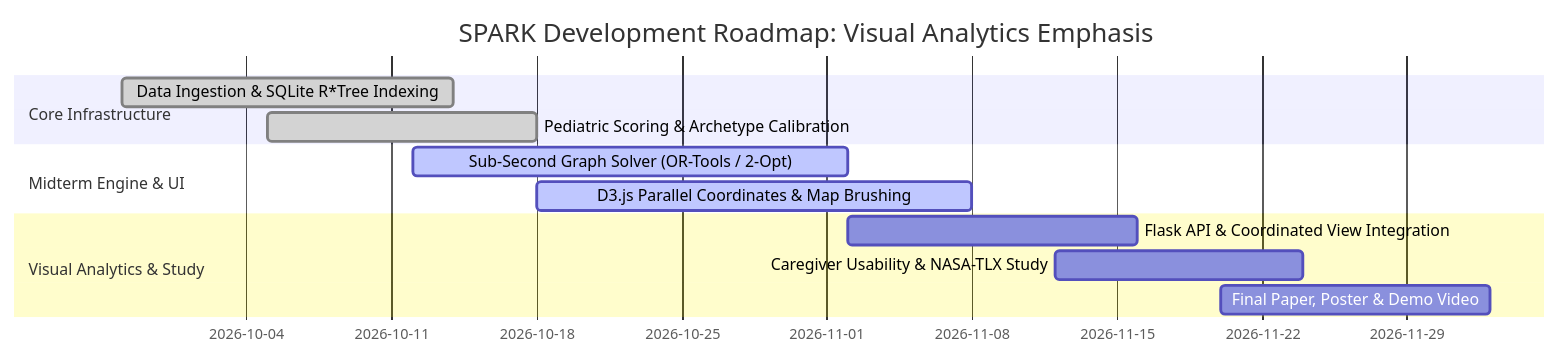
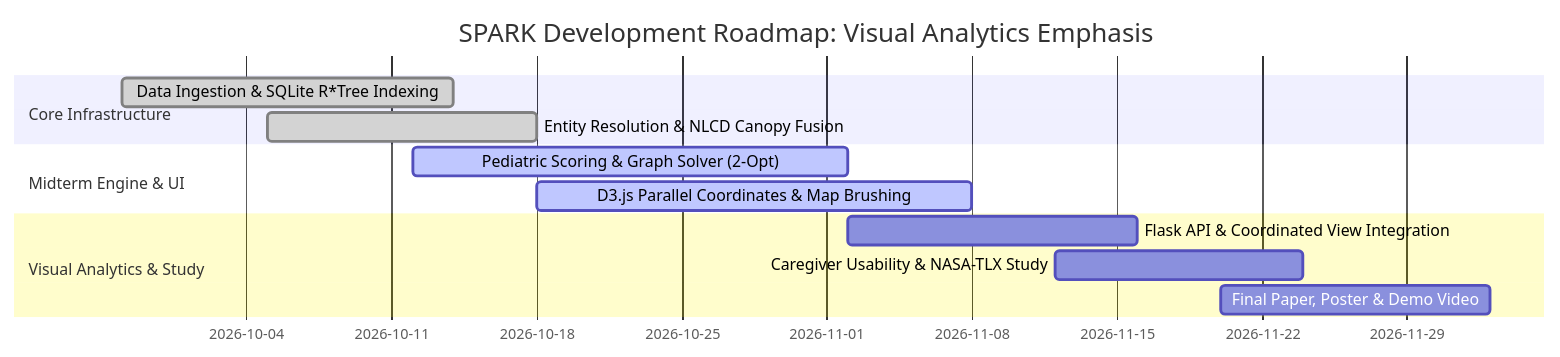
The third of 3 diagrams in projectwork/docs/progress_report.md (manoj-android/cse-6242-project), drawn with Mermaid before and after one commit. The commit also changed other lines of this file, not shown here.

````diff
--- a/projectwork/docs/progress_report.md
+++ b/projectwork/docs/progress_report.md
@@ -191,15 +167,15 @@
 ```mermaid
 gantt
     dateFormat  YYYY-MM-DD
     title SPARK Development Roadmap: Visual Analytics Emphasis
     section Core Infrastructure
     Data Ingestion & SQLite R*Tree Indexing     :done, m1, 2026-09-28, 2026-10-14
-    Pediatric Scoring & Archetype Calibration   :done, m2, 2026-10-05, 2026-10-18
+    Entity Resolution & NLCD Canopy Fusion      :done, m2, 2026-10-05, 2026-10-18
     section Midterm Engine & UI
-    Sub-Second Graph Solver (OR-Tools / 2-Opt)  :active, m3, 2026-10-12, 2026-11-02
+    Pediatric Scoring & Graph Solver (2-Opt)    :active, m3, 2026-10-12, 2026-11-02
     D3.js Parallel Coordinates & Map Brushing   :active, m4, 2026-10-18, 2026-11-08
     section Visual Analytics & Study
     Flask API & Coordinated View Integration   :m5, 2026-11-02, 2026-11-16
     Caregiver Usability & NASA-TLX Study        :m6, 2026-11-12, 2026-11-24
     Final Paper, Poster & Demo Video            :m7, 2026-11-20, 2026-12-03
 ```
````
